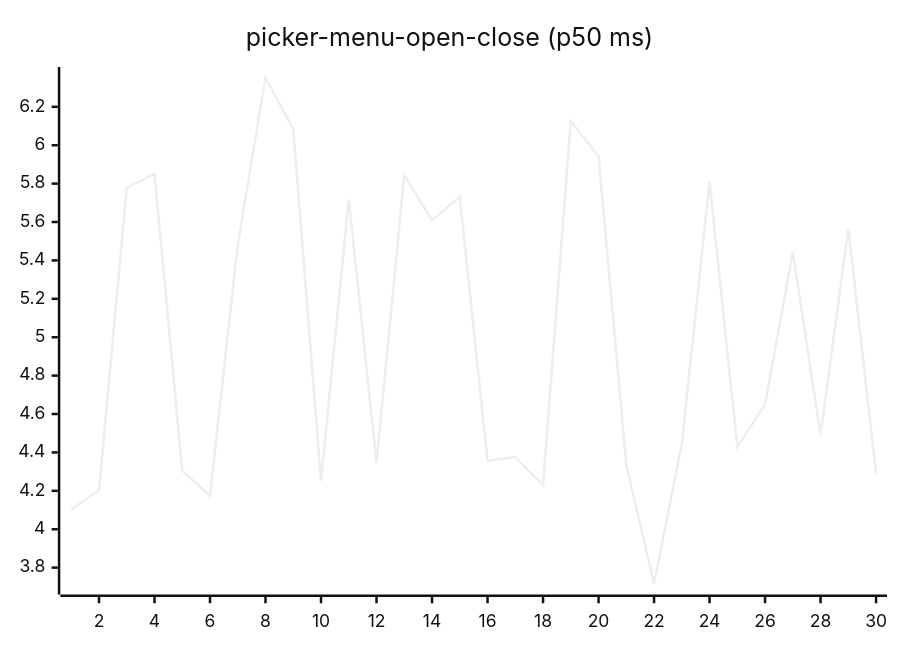
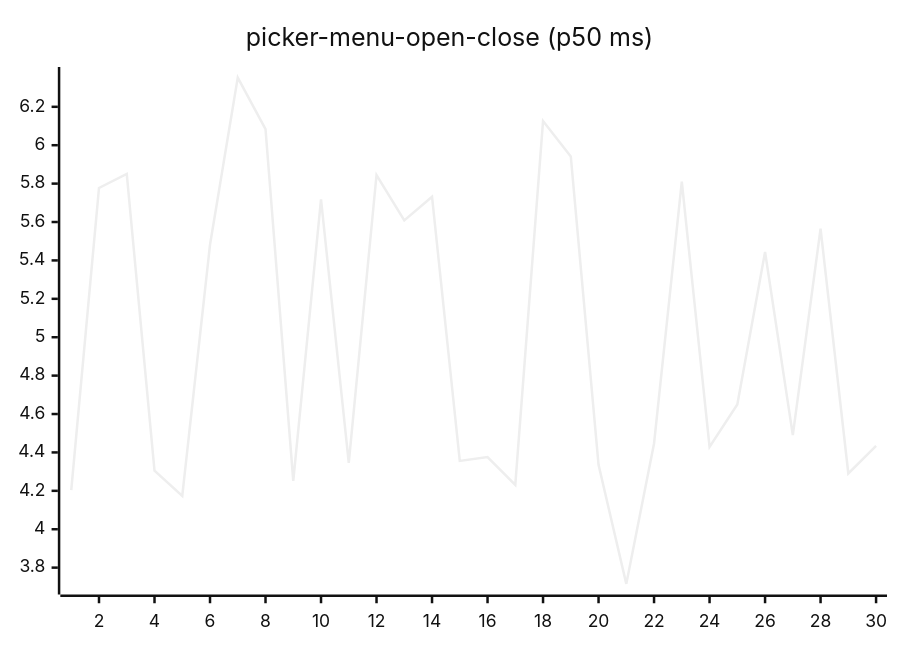
Before and after one commit to josha/Facet: diagram 16 of 27 in README.md, drawn with Mermaid (neutral theme). The commit also changed other lines of this file and 2 other files, not shown here.

````diff
--- a/README.md
+++ b/README.md
@@ -168,6 +168,6 @@
 ```mermaid
 xychart-beta
     title "picker-menu-open-close (p50 ms)"
     x-axis 1 --> 30
-    line [4.1028, 4.2034, 5.7775, 5.8503, 4.3049, 4.1731, 5.4814, 6.3520, 6.0839, 4.2522, 5.7175, 4.3452, 5.8449, 5.6085, 5.7317, 4.3559, 4.3756, 4.2307, 6.1258, 5.9413, 4.3353, 3.7154, 4.4466, 5.8101, 4.4287, 4.6495, 5.4442, 4.4899, 5.5654, 4.2905]
+    line [4.2034, 5.7775, 5.8503, 4.3049, 4.1731, 5.4814, 6.3520, 6.0839, 4.2522, 5.7175, 4.3452, 5.8449, 5.6085, 5.7317, 4.3559, 4.3756, 4.2307, 6.1258, 5.9413, 4.3353, 3.7154, 4.4466, 5.8101, 4.4287, 4.6495, 5.4442, 4.4899, 5.5654, 4.2905, 4.4342]
 ```
````
